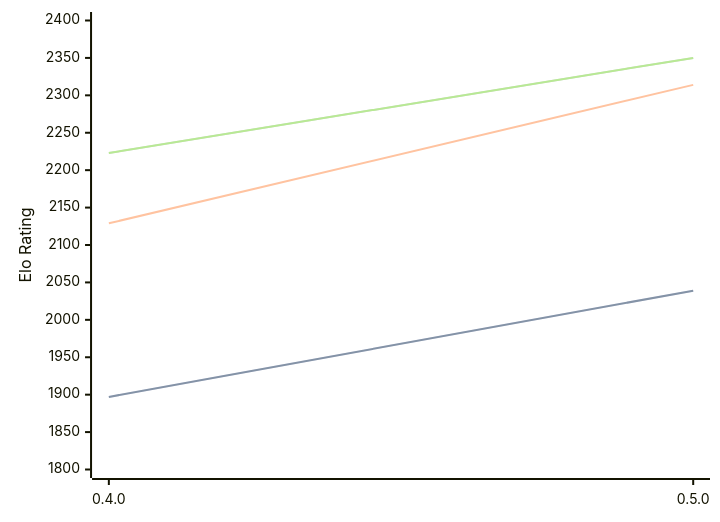
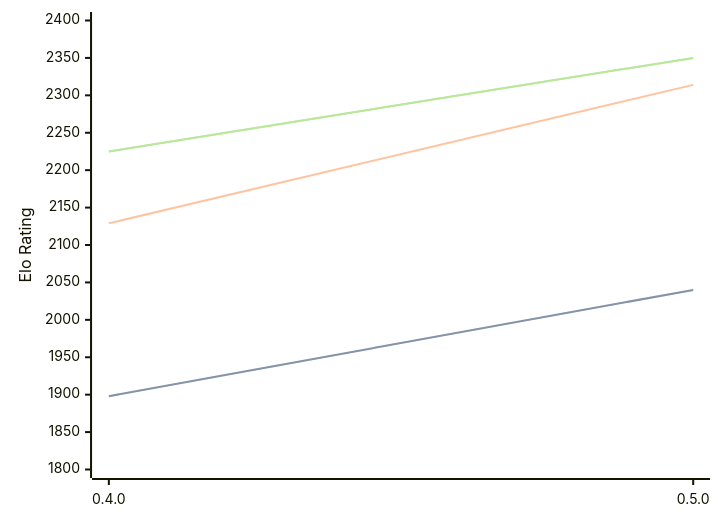
One commit to computer-chess-index/cci changed the diagram in engines/Atenika.md. Above: the diagram before and after it, drawn with Mermaid. The commit also changed other lines of this file, not shown here.

Commit message:
Update CCI Ratings (ELO VLTC) - 2026-09-14

````diff
--- a/engines/Atenika.md
+++ b/engines/Atenika.md
@@ -32,11 +32,11 @@
 ```mermaid
 %%{init: {"theme":"base","themeVariables":{"seriesColors:['#a3a3a3','#222221','#faa371']}}}%%
 xychart-beta
   x-axis ["0.4.0", "0.5.0"]
   y-axis "Elo Rating" 1800 --> 2400
-  line "" [1897, 2039]
-  line "STC (8.0+0.08s)" [1897, 2039]
+  line "" [1898, 2040]
+  line "STC (8.0+0.08s)" [1898, 2040]
   line "LTC (60.0+0.60s)" [2129, 2314]
-  line "" [2223, 2350]
-  line "VLTC (2m24s+1.12s)" [2223, 2350]
+  line "" [2225, 2350]
+  line "VLTC (2m24s+1.12s)" [2225, 2350]
 ```
````
